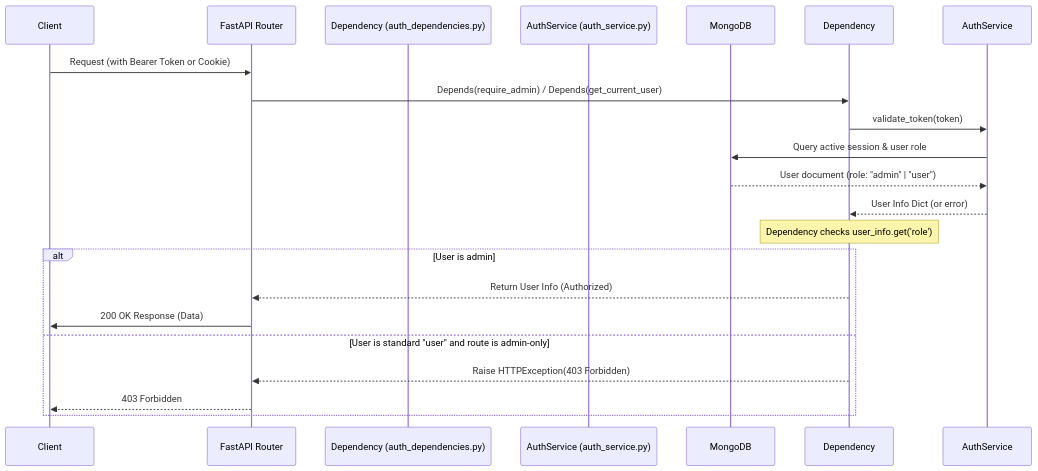
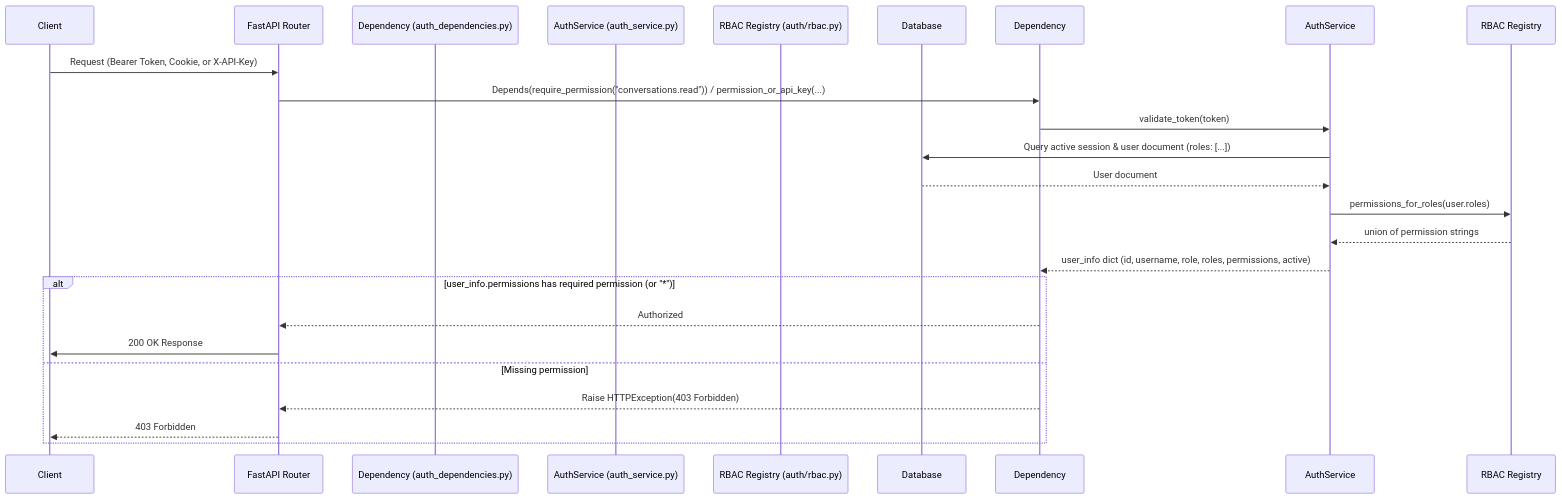
The diagram in docs/rbac-architecture.md (schmitech/orbit), drawn with Mermaid before and after one commit. The commit also changed other lines of this file and 24 other files, not shown here.

First line of the commit message:
#283 Replace the binary admin/user role with a permission-based RBAC model

````diff
--- a/docs/rbac-architecture.md
+++ b/docs/rbac-architecture.md
@@ -19,24 +46,26 @@
 ```mermaid
 sequenceDiagram
     participant Client
     participant FastAPI Router
     participant Dependency (auth_dependencies.py)
     participant AuthService (auth_service.py)
-    participant MongoDB
+    participant RBAC Registry (auth/rbac.py)
+    participant Database
 
-    Client->>FastAPI Router: Request (with Bearer Token or Cookie)
-    FastAPI Router->>Dependency: Depends(require_admin) / Depends(get_current_user)
+    Client->>FastAPI Router: Request (Bearer Token, Cookie, or X-API-Key)
+    FastAPI Router->>Dependency: Depends(require_permission("conversations.read")) / permission_or_api_key(...)
     Dependency->>AuthService: validate_token(token)
-    AuthService->>MongoDB: Query active session & user role
-    MongoDB-->>AuthService: User document (role: "admin" | "user")
-    AuthService-->>Dependency: User Info Dict (or error)
-    
-    Note over Dependency: Dependency checks user_info.get('role')
-    alt User is admin
-        Dependency-->>FastAPI Router: Return User Info (Authorized)
-        FastAPI Router->>Client: 200 OK Response (Data)
-    else User is standard "user" and route is admin-only
+    AuthService->>Database: Query active session & user document (roles: [...])
+    Database-->>AuthService: User document
+    AuthService->>RBAC Registry: permissions_for_roles(user.roles)
+    RBAC Registry-->>AuthService: union of permission strings
+    AuthService-->>Dependency: user_info dict (id, username, role, roles, permissions, active)
+
+    alt user_info.permissions has required permission (or "*")
+        Dependency-->>FastAPI Router: Authorized
+        FastAPI Router->>Client: 200 OK Response
+    else Missing permission
         Dependency-->>FastAPI Router: Raise HTTPException(403 Forbidden)
         FastAPI Router-->>Client: 403 Forbidden
     end
 ```
````
